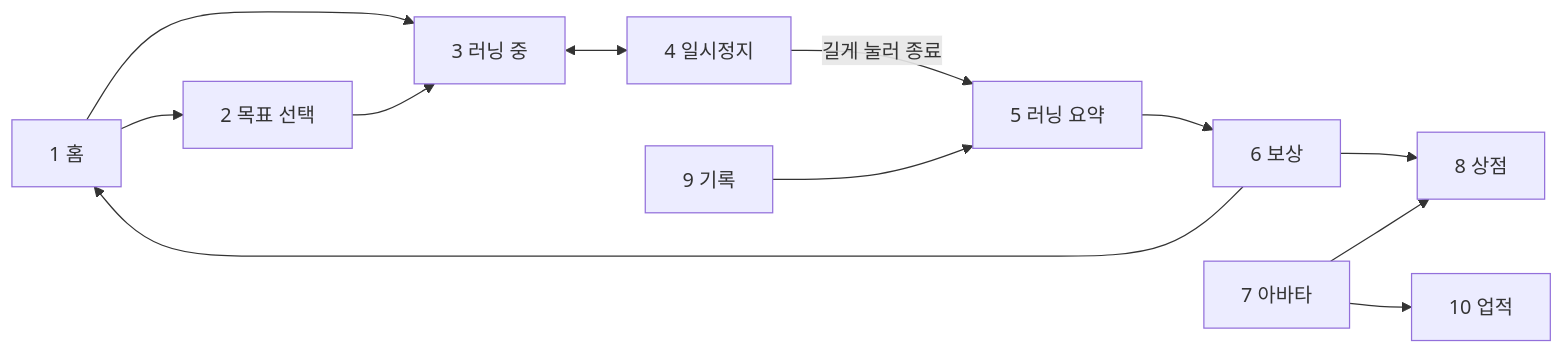
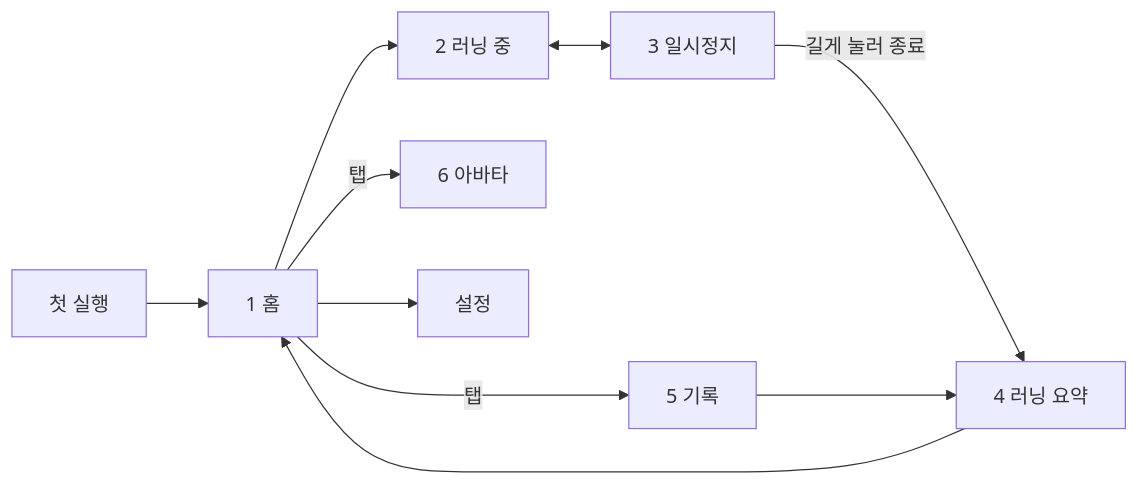
One commit to dhkim1522/runmagochi changed the diagram in docs/screens.md. Above: the diagram before and after it, drawn with Mermaid. The commit also changed other lines of this file and 11 other files, not shown here.

````diff
--- a/docs/screens.md
+++ b/docs/screens.md
@@ -28,14 +28,12 @@
 ```mermaid
 flowchart LR
-    Home["1 홈"] --> Goal["2 목표 선택"]
-    Home --> InRun["3 러닝 중"]
-    Goal --> InRun
-    InRun <--> Paused["4 일시정지"]
-    Paused -- "길게 눌러 종료" --> Summary["5 러닝 요약"]
-    Summary --> Reward["6 보상"]
-    Reward --> Home
-    Reward --> Shop["8 상점"]
-    Avatar["7 아바타"] --> Badges["10 업적"]
-    Avatar --> Shop
-    Activity["9 기록"] --> Summary
+    Onboard["첫 실행"] --> Home["1 홈"]
+    Home --> InRun["2 러닝 중"]
+    InRun <--> Paused["3 일시정지"]
+    Paused -- "길게 눌러 종료" --> Summary["4 러닝 요약"]
+    Summary --> Home
+    Home -- "탭" --> Activity["5 기록"]
+    Home -- "탭" --> Avatar["6 아바타"]
+    Home --> Settings["설정"]
+    Activity --> Summary
 ```
````
